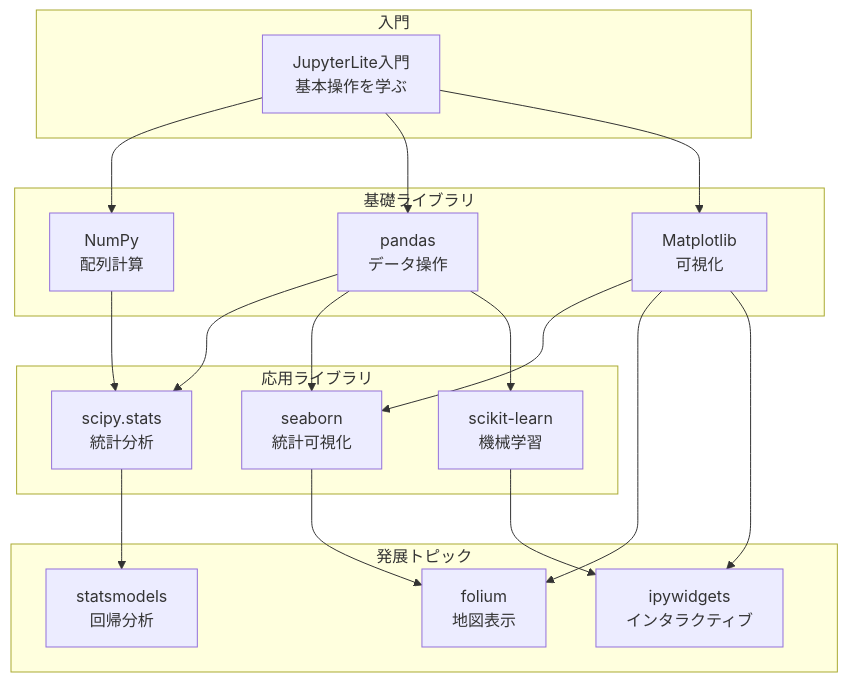
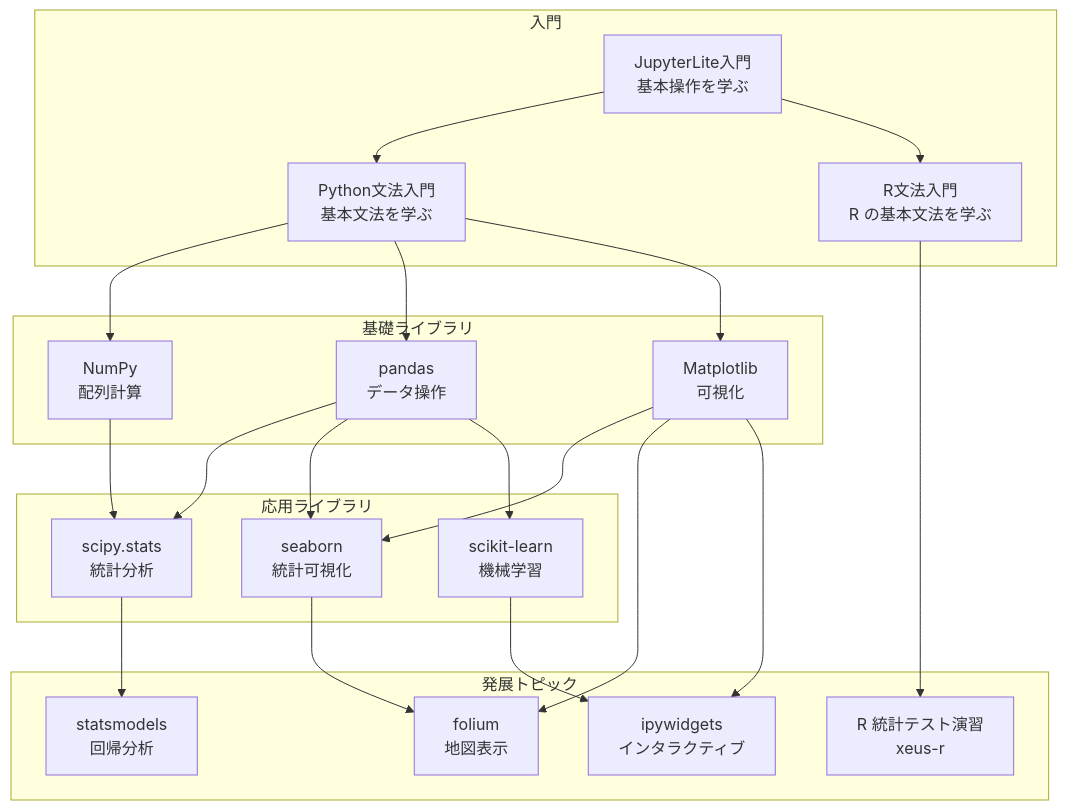
One commit to kkawailab/kklab-jupyterlite changed the diagram in content/README.md. Above: the diagram before and after it, drawn with Mermaid. The commit also changed other lines of this file and 3 other files, not shown here.

````diff
--- a/content/README.md
+++ b/content/README.md
@@ -22,32 +22,37 @@
 ```mermaid
 flowchart TD
     subgraph 入門
         A[JupyterLite入門<br/>基本操作を学ぶ]
+        P[Python文法入門<br/>基本文法を学ぶ]
+        R[R文法入門<br/>R の基本文法を学ぶ]
     end
 
     subgraph 基礎ライブラリ
         B[NumPy<br/>配列計算]
         C[pandas<br/>データ操作]
         D[Matplotlib<br/>可視化]
     end
 
     subgraph 応用ライブラリ
         E[scipy.stats<br/>統計分析]
         F[seaborn<br/>統計可視化]
         G[scikit-learn<br/>機械学習]
     end
 
     subgraph 発展トピック
         H[statsmodels<br/>回帰分析]
         I[folium<br/>地図表示]
         J[ipywidgets<br/>インタラクティブ]
+        K[R 統計テスト演習<br/>xeus-r]
     end
 
-    A --> B & C & D
+    A --> P & R
+    P --> B & C & D
+    R --> K
     B --> E
     C --> E & F & G
     D --> F & I & J
     E --> H
     F --> I
     G --> J
 ```
````
